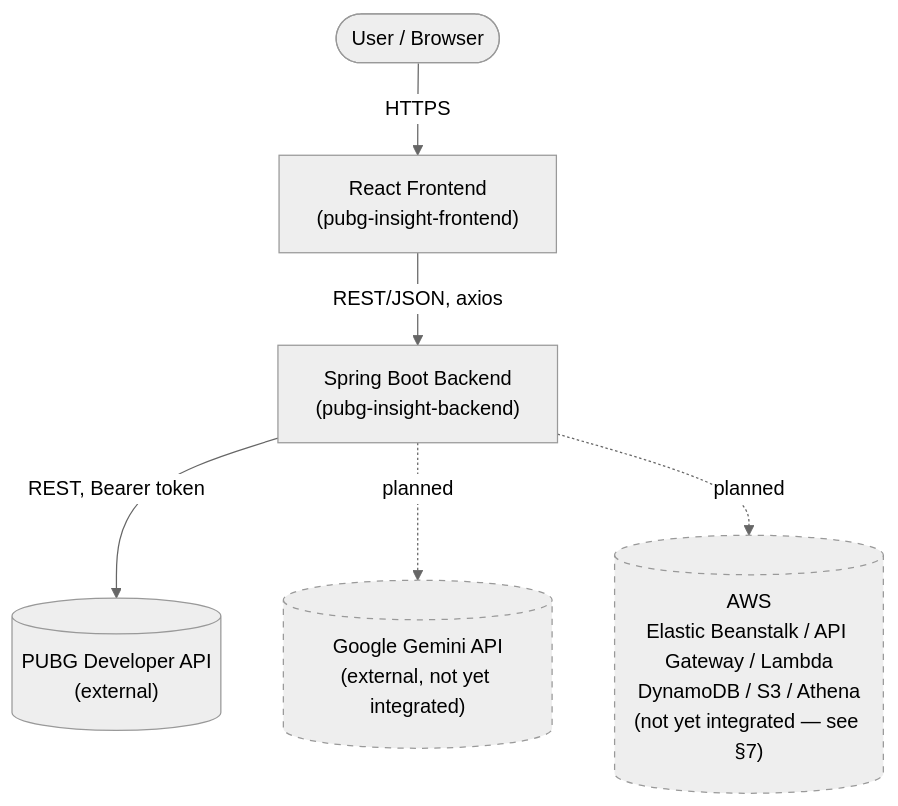
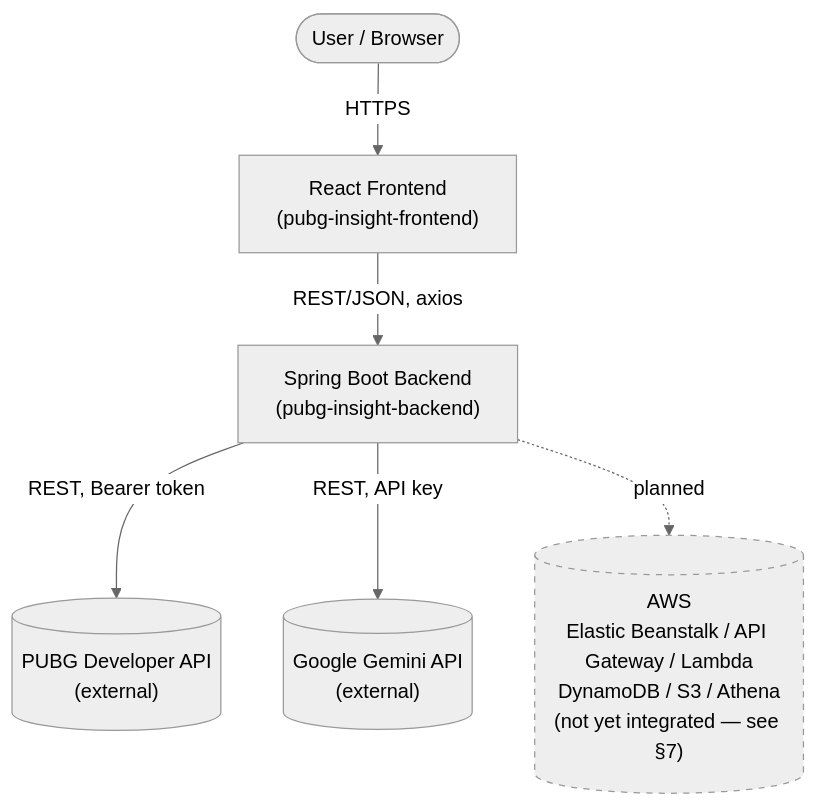
Before and after one commit to lucietran03/pubg-insight-backend: the first of 12 diagrams in docs/ARCHITECTURE.md, drawn with Mermaid (neutral theme). The commit also changed other lines of this file and 18 other files, not shown here.

First line of the commit message:
feat: implement Feature 3 - AI Insights via Gemini API

````diff
--- a/docs/ARCHITECTURE.md
+++ b/docs/ARCHITECTURE.md
@@ -17,18 +17,17 @@
 ```mermaid
 flowchart TB
     User(["User / Browser"])
     FE["React Frontend\n(pubg-insight-frontend)"]
     BE["Spring Boot Backend\n(pubg-insight-backend)"]
     PUBG[("PUBG Developer API\n(external)")]
-    Gemini[("Google Gemini API\n(external, not yet integrated)")]
+    Gemini[("Google Gemini API\n(external)")]
     AWS[("AWS\nElastic Beanstalk / API Gateway / Lambda\nDynamoDB / S3 / Athena\n(not yet integrated — see §7)")]
 
     User -->|HTTPS| FE
     FE -->|REST/JSON, axios| BE
     BE -->|REST, Bearer token| PUBG
-    BE -.->|planned| Gemini
+    BE -->|REST, API key| Gemini
     BE -.->|planned| AWS
 
-    style Gemini stroke-dasharray: 5 5
     style AWS stroke-dasharray: 5 5
 ```
````
